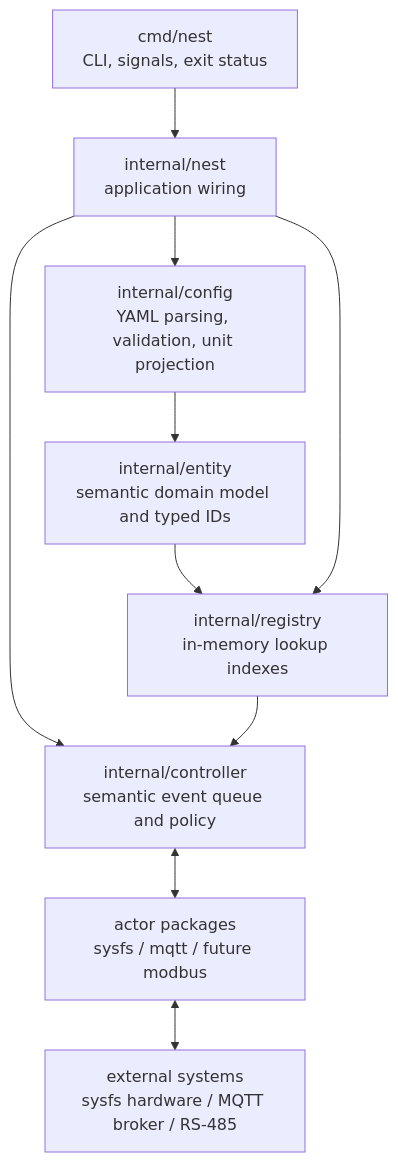
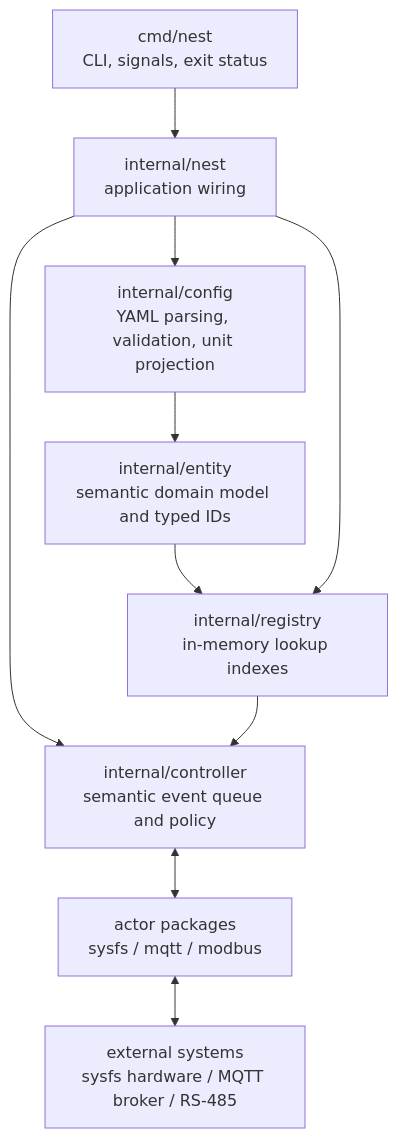
One commit to mhemeryck/nest changed the diagram in docs/design.md. Above: the diagram before and after it, drawn with Mermaid. The commit also changed other lines of this file and 29 other files, not shown here.

````diff
--- a/docs/design.md
+++ b/docs/design.md
@@ -26,21 +30,21 @@
 ```mermaid
 flowchart TD
     cmd["cmd/nest<br/>CLI, signals, exit status"]
     nest["internal/nest<br/>application wiring"]
     config["internal/config<br/>YAML parsing, validation, unit projection"]
     entity["internal/entity<br/>semantic domain model and typed IDs"]
     registry["internal/registry<br/>in-memory lookup indexes"]
     controller["internal/controller<br/>semantic event queue and policy"]
-    actors["actor packages<br/>sysfs / mqtt / future modbus"]
+    actors["actor packages<br/>sysfs / mqtt / modbus"]
     external["external systems<br/>sysfs hardware / MQTT broker / RS-485"]
 
     cmd --> nest
     nest --> config
     config --> entity
     entity --> registry
     nest --> registry
     nest --> controller
     registry --> controller
     controller <--> actors
     actors <--> external
 ```
````
